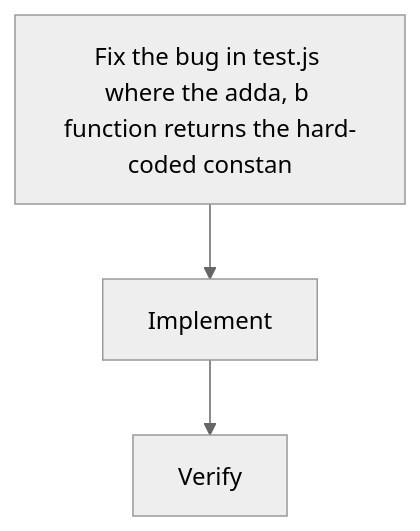
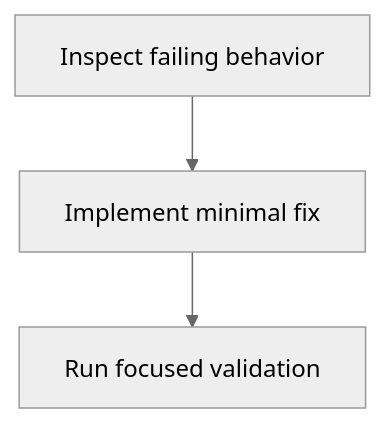
The diagram in .factory/issues/2/requirements.md (md-software-factory/todo-app), drawn with Mermaid (neutral theme) before and after one commit. The commit also changed other lines of this file and 11 other files, not shown here.

````diff
--- a/.factory/issues/2/requirements.md
+++ b/.factory/issues/2/requirements.md
@@ -37,5 +31,5 @@
 ```mermaid
 flowchart TD
-  A[Fix the bug in test.js where the adda, b function returns the hard-coded constan] --> B[Implement]
-  B --> C[Verify]
+  A[Inspect failing behavior]-->B[Implement minimal fix]
+  B-->C[Run focused validation]
 ```
````
